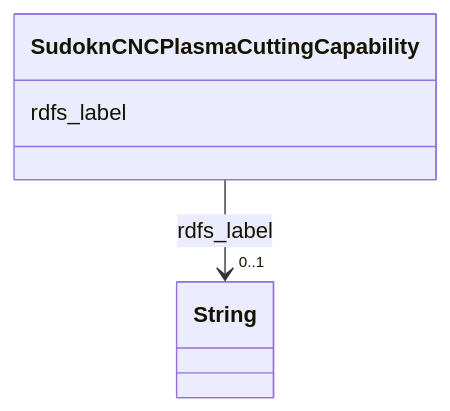
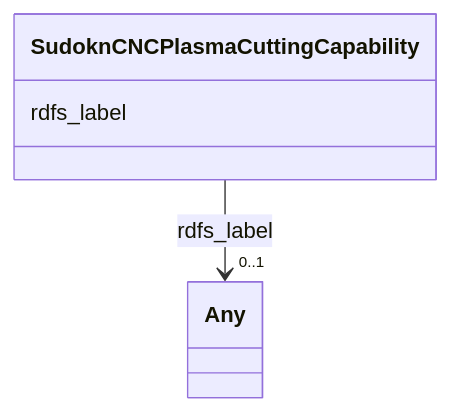
One commit to frink-okn/graph-descriptions changed the diagram in sudokn-kg/classes/SudoknCNCPlasmaCuttingCapability.md. Above: the diagram before and after it, drawn with Mermaid. The commit also changed other lines of this file and 903 other files, not shown here.

````diff
--- a/sudokn-kg/classes/SudoknCNCPlasmaCuttingCapability.md
+++ b/sudokn-kg/classes/SudoknCNCPlasmaCuttingCapability.md
@@ -23,15 +18,15 @@
 ```mermaid
  classDiagram
     class SudoknCNCPlasmaCuttingCapability
     click SudoknCNCPlasmaCuttingCapability href "../SudoknCNCPlasmaCuttingCapability"
       SudoknCNCPlasmaCuttingCapability : rdfs_label
         
           
     
     
-    SudoknCNCPlasmaCuttingCapability --> "0..1" String : rdfs_label
-    click String href "../String"
+    SudoknCNCPlasmaCuttingCapability --> "0..1" Any : rdfs_label
+    click Any href "../Any"
 
         
       
 ```
````
